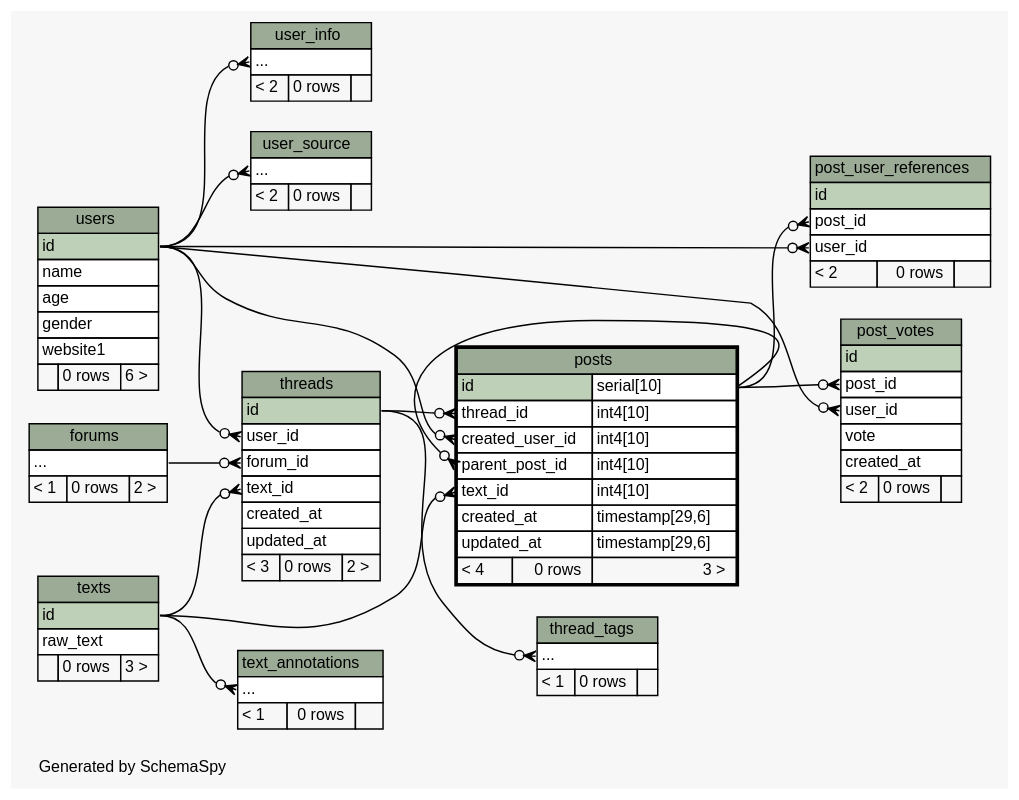
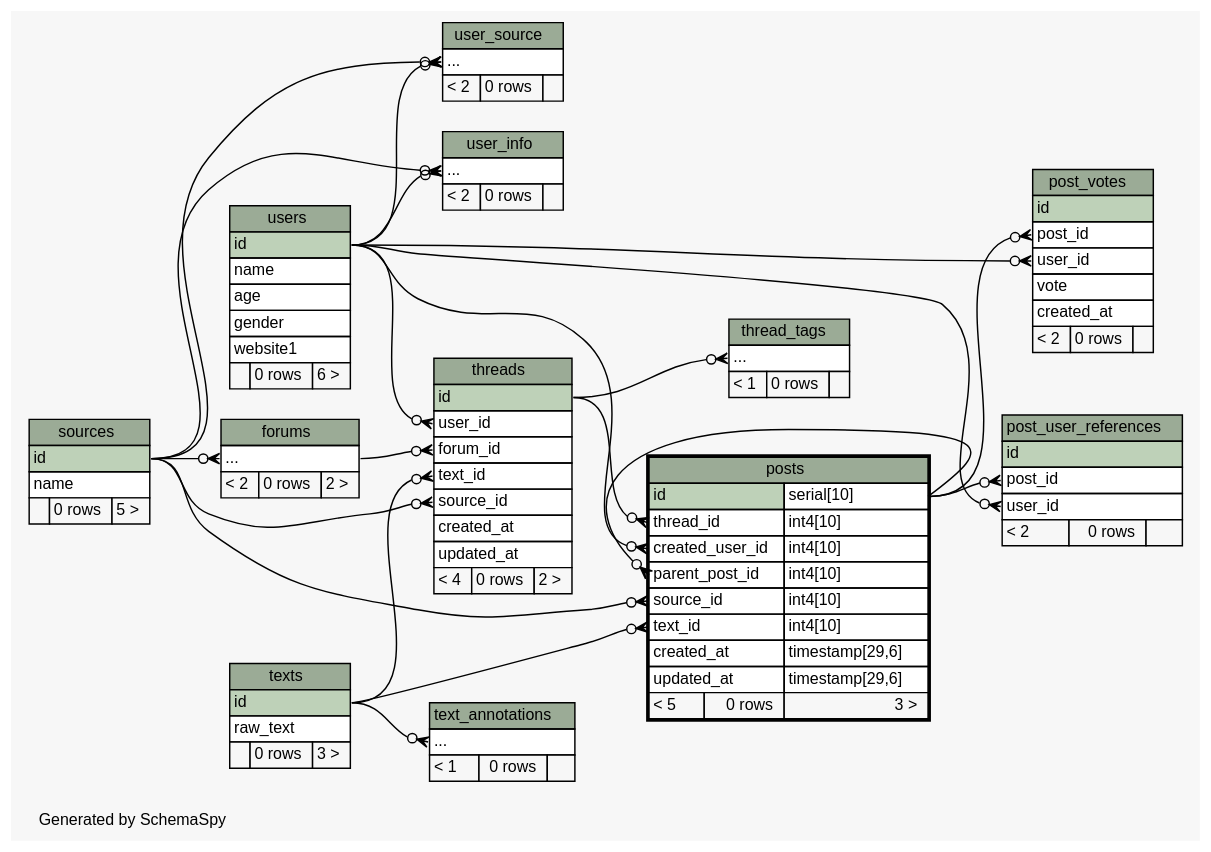
The diagram in library/diagrams/posts.2degrees.dot (ryanaustincarlson/moocdb), drawn with Graphviz before and after one commit. The commit also changed 79 other files, not shown here.

Commit message:
Adding source_id to threads and posts etc.

```diff
--- a/library/diagrams/posts.2degrees.dot
+++ b/library/diagrams/posts.2degrees.dot
@@ -1,169 +1,187 @@
 // dot 2.34.0 on Mac OS X 10.8.3
 // SchemaSpy rev 590
 digraph "twoDegreesRelationshipsDiagram" {
   graph [
     rankdir="RL"
     bgcolor="#f7f7f7"
     label="\nGenerated by SchemaSpy"
     labeljust="l"
     nodesep="0.18"
     ranksep="0.46"
     fontname="Helvetica"
     fontsize="11"
   ];
   node [
     fontname="Helvetica"
     fontsize="11"
     shape="plaintext"
   ];
   edge [
     arrowsize="0.8"
   ];
+  "forums":"elipses":w -> "sources":"id":e [arrowhead=none dir=back arrowtail=crowodot];
   "post_user_references":"post_id":w -> "posts":"id.type":e [arrowhead=none dir=back arrowtail=crowodot];
   "post_user_references":"user_id":w -> "users":"id":e [arrowhead=none dir=back arrowtail=crowodot];
   "post_votes":"post_id":w -> "posts":"id.type":e [arrowhead=none dir=back arrowtail=crowodot];
   "post_votes":"user_id":w -> "users":"id":e [arrowhead=none dir=back arrowtail=crowodot];
   "posts":"created_user_id":w -> "users":"id":e [arrowhead=none dir=back arrowtail=crowodot];
   "posts":"parent_post_id":w -> "posts":"id.type":e [arrowhead=none dir=back arrowtail=crowodot];
+  "posts":"source_id":w -> "sources":"id":e [arrowhead=none dir=back arrowtail=crowodot];
   "posts":"text_id":w -> "texts":"id":e [arrowhead=none dir=back arrowtail=crowodot];
   "posts":"thread_id":w -> "threads":"id":e [arrowhead=none dir=back arrowtail=crowodot];
   "text_annotations":"elipses":w -> "texts":"id":e [arrowhead=none dir=back arrowtail=crowodot];
   "thread_tags":"elipses":w -> "threads":"id":e [arrowhead=none dir=back arrowtail=crowodot];
   "threads":"forum_id":w -> "forums":"elipses":e [arrowhead=none dir=back arrowtail=crowodot];
+  "threads":"source_id":w -> "sources":"id":e [arrowhead=none dir=back arrowtail=crowodot];
   "threads":"text_id":w -> "texts":"id":e [arrowhead=none dir=back arrowtail=crowodot];
   "threads":"user_id":w -> "users":"id":e [arrowhead=none dir=back arrowtail=crowodot];
+  "user_info":"elipses":w -> "sources":"id":e [arrowhead=none dir=back arrowtail=crowodot];
   "user_info":"elipses":w -> "users":"id":e [arrowhead=none dir=back arrowtail=crowodot];
+  "user_source":"elipses":w -> "sources":"id":e [arrowhead=none dir=back arrowtail=crowodot];
   "user_source":"elipses":w -> "users":"id":e [arrowhead=none dir=back arrowtail=crowodot];
   "forums" [
     label=<
     <TABLE BORDER="0" CELLBORDER="1" CELLSPACING="0" BGCOLOR="#ffffff">
       <TR><TD COLSPAN="3" BGCOLOR="#9bab96" ALIGN="CENTER">forums</TD></TR>
       <TR><TD PORT="elipses" COLSPAN="3" ALIGN="LEFT">...</TD></TR>
-      <TR><TD ALIGN="LEFT" BGCOLOR="#f7f7f7">&lt; 1</TD><TD ALIGN="RIGHT" BGCOLOR="#f7f7f7">0 rows</TD><TD ALIGN="RIGHT" BGCOLOR="#f7f7f7">2 &gt;</TD></TR>
+      <TR><TD ALIGN="LEFT" BGCOLOR="#f7f7f7">&lt; 2</TD><TD ALIGN="RIGHT" BGCOLOR="#f7f7f7">0 rows</TD><TD ALIGN="RIGHT" BGCOLOR="#f7f7f7">2 &gt;</TD></TR>
     </TABLE>>
     URL="forums.html"
     tooltip="forums"
   ];
   "post_user_references" [
     label=<
     <TABLE BORDER="0" CELLBORDER="1" CELLSPACING="0" BGCOLOR="#ffffff">
       <TR><TD COLSPAN="3" BGCOLOR="#9bab96" ALIGN="CENTER">post_user_references</TD></TR>
       <TR><TD PORT="id" COLSPAN="3" BGCOLOR="#bed1b8" ALIGN="LEFT">id</TD></TR>
       <TR><TD PORT="post_id" COLSPAN="3" ALIGN="LEFT">post_id</TD></TR>
       <TR><TD PORT="user_id" COLSPAN="3" ALIGN="LEFT">user_id</TD></TR>
       <TR><TD ALIGN="LEFT" BGCOLOR="#f7f7f7">&lt; 2</TD><TD ALIGN="RIGHT" BGCOLOR="#f7f7f7">0 rows</TD><TD ALIGN="RIGHT" BGCOLOR="#f7f7f7">  </TD></TR>
     </TABLE>>
     URL="post_user_references.html"
     tooltip="post_user_references"
   ];
   "post_votes" [
     label=<
     <TABLE BORDER="0" CELLBORDER="1" CELLSPACING="0" BGCOLOR="#ffffff">
       <TR><TD COLSPAN="3" BGCOLOR="#9bab96" ALIGN="CENTER">post_votes</TD></TR>
       <TR><TD PORT="id" COLSPAN="3" BGCOLOR="#bed1b8" ALIGN="LEFT">id</TD></TR>
       <TR><TD PORT="post_id" COLSPAN="3" ALIGN="LEFT">post_id</TD></TR>
       <TR><TD PORT="user_id" COLSPAN="3" ALIGN="LEFT">user_id</TD></TR>
       <TR><TD PORT="vote" COLSPAN="3" ALIGN="LEFT">vote</TD></TR>
       <TR><TD PORT="created_at" COLSPAN="3" ALIGN="LEFT">created_at</TD></TR>
       <TR><TD ALIGN="LEFT" BGCOLOR="#f7f7f7">&lt; 2</TD><TD ALIGN="RIGHT" BGCOLOR="#f7f7f7">0 rows</TD><TD ALIGN="RIGHT" BGCOLOR="#f7f7f7">  </TD></TR>
     </TABLE>>
     URL="post_votes.html"
     tooltip="post_votes"
   ];
   "posts" [
     label=<
     <TABLE BORDER="2" CELLBORDER="1" CELLSPACING="0" BGCOLOR="#ffffff">
       <TR><TD COLSPAN="3" BGCOLOR="#9bab96" ALIGN="CENTER">posts</TD></TR>
       <TR><TD PORT="id" COLSPAN="2" BGCOLOR="#bed1b8" ALIGN="LEFT">id</TD><TD PORT="id.type" ALIGN="LEFT">serial[10]</TD></TR>
       <TR><TD PORT="thread_id" COLSPAN="2" ALIGN="LEFT">thread_id</TD><TD PORT="thread_id.type" ALIGN="LEFT">int4[10]</TD></TR>
       <TR><TD PORT="created_user_id" COLSPAN="2" ALIGN="LEFT">created_user_id</TD><TD PORT="created_user_id.type" ALIGN="LEFT">int4[10]</TD></TR>
       <TR><TD PORT="parent_post_id" COLSPAN="2" ALIGN="LEFT">parent_post_id</TD><TD PORT="parent_post_id.type" ALIGN="LEFT">int4[10]</TD></TR>
+      <TR><TD PORT="source_id" COLSPAN="2" ALIGN="LEFT">source_id</TD><TD PORT="source_id.type" ALIGN="LEFT">int4[10]</TD></TR>
       <TR><TD PORT="text_id" COLSPAN="2" ALIGN="LEFT">text_id</TD><TD PORT="text_id.type" ALIGN="LEFT">int4[10]</TD></TR>
       <TR><TD PORT="created_at" COLSPAN="2" ALIGN="LEFT">created_at</TD><TD PORT="created_at.type" ALIGN="LEFT">timestamp[29,6]</TD></TR>
       <TR><TD PORT="updated_at" COLSPAN="2" ALIGN="LEFT">updated_at</TD><TD PORT="updated_at.type" ALIGN="LEFT">timestamp[29,6]</TD></TR>
-      <TR><TD ALIGN="LEFT" BGCOLOR="#f7f7f7">&lt; 4</TD><TD ALIGN="RIGHT" BGCOLOR="#f7f7f7">0 rows</TD><TD ALIGN="RIGHT" BGCOLOR="#f7f7f7">3 &gt;</TD></TR>
+      <TR><TD ALIGN="LEFT" BGCOLOR="#f7f7f7">&lt; 5</TD><TD ALIGN="RIGHT" BGCOLOR="#f7f7f7">0 rows</TD><TD ALIGN="RIGHT" BGCOLOR="#f7f7f7">3 &gt;</TD></TR>
     </TABLE>>
     URL="posts.html"
     tooltip="posts"
+  ];
+  "sources" [
+    label=<
+    <TABLE BORDER="0" CELLBORDER="1" CELLSPACING="0" BGCOLOR="#ffffff">
+      <TR><TD COLSPAN="3" BGCOLOR="#9bab96" ALIGN="CENTER">sources</TD></TR>
+      <TR><TD PORT="id" COLSPAN="3" BGCOLOR="#bed1b8" ALIGN="LEFT">id</TD></TR>
+      <TR><TD PORT="name" COLSPAN="3" ALIGN="LEFT">name</TD></TR>
+      <TR><TD ALIGN="LEFT" BGCOLOR="#f7f7f7">  </TD><TD ALIGN="RIGHT" BGCOLOR="#f7f7f7">0 rows</TD><TD ALIGN="RIGHT" BGCOLOR="#f7f7f7">5 &gt;</TD></TR>
+    </TABLE>>
+    URL="sources.html"
+    tooltip="sources"
   ];
   "text_annotations" [
     label=<
     <TABLE BORDER="0" CELLBORDER="1" CELLSPACING="0" BGCOLOR="#ffffff">
       <TR><TD COLSPAN="3" BGCOLOR="#9bab96" ALIGN="CENTER">text_annotations</TD></TR>
       <TR><TD PORT="elipses" COLSPAN="3" ALIGN="LEFT">...</TD></TR>
       <TR><TD ALIGN="LEFT" BGCOLOR="#f7f7f7">&lt; 1</TD><TD ALIGN="RIGHT" BGCOLOR="#f7f7f7">0 rows</TD><TD ALIGN="RIGHT" BGCOLOR="#f7f7f7">  </TD></TR>
     </TABLE>>
     URL="text_annotations.html"
     tooltip="text_annotations"
   ];
   "texts" [
     label=<
     <TABLE BORDER="0" CELLBORDER="1" CELLSPACING="0" BGCOLOR="#ffffff">
       <TR><TD COLSPAN="3" BGCOLOR="#9bab96" ALIGN="CENTER">texts</TD></TR>
       <TR><TD PORT="id" COLSPAN="3" BGCOLOR="#bed1b8" ALIGN="LEFT">id</TD></TR>
       <TR><TD PORT="raw_text" COLSPAN="3" ALIGN="LEFT">raw_text</TD></TR>
       <TR><TD ALIGN="LEFT" BGCOLOR="#f7f7f7">  </TD><TD ALIGN="RIGHT" BGCOLOR="#f7f7f7">0 rows</TD><TD ALIGN="RIGHT" BGCOLOR="#f7f7f7">3 &gt;</TD></TR>
     </TABLE>>
     URL="texts.html"
     tooltip="texts"
   ];
   "thread_tags" [
     label=<
     <TABLE BORDER="0" CELLBORDER="1" CELLSPACING="0" BGCOLOR="#ffffff">
       <TR><TD COLSPAN="3" BGCOLOR="#9bab96" ALIGN="CENTER">thread_tags</TD></TR>
       <TR><TD PORT="elipses" COLSPAN="3" ALIGN="LEFT">...</TD></TR>
       <TR><TD ALIGN="LEFT" BGCOLOR="#f7f7f7">&lt; 1</TD><TD ALIGN="RIGHT" BGCOLOR="#f7f7f7">0 rows</TD><TD ALIGN="RIGHT" BGCOLOR="#f7f7f7">  </TD></TR>
     </TABLE>>
     URL="thread_tags.html"
     tooltip="thread_tags"
   ];
   "threads" [
     label=<
     <TABLE BORDER="0" CELLBORDER="1" CELLSPACING="0" BGCOLOR="#ffffff">
       <TR><TD COLSPAN="3" BGCOLOR="#9bab96" ALIGN="CENTER">threads</TD></TR>
       <TR><TD PORT="id" COLSPAN="3" BGCOLOR="#bed1b8" ALIGN="LEFT">id</TD></TR>
       <TR><TD PORT="user_id" COLSPAN="3" ALIGN="LEFT">user_id</TD></TR>
       <TR><TD PORT="forum_id" COLSPAN="3" ALIGN="LEFT">forum_id</TD></TR>
       <TR><TD PORT="text_id" COLSPAN="3" ALIGN="LEFT">text_id</TD></TR>
+      <TR><TD PORT="source_id" COLSPAN="3" ALIGN="LEFT">source_id</TD></TR>
       <TR><TD PORT="created_at" COLSPAN="3" ALIGN="LEFT">created_at</TD></TR>
       <TR><TD PORT="updated_at" COLSPAN="3" ALIGN="LEFT">updated_at</TD></TR>
-      <TR><TD ALIGN="LEFT" BGCOLOR="#f7f7f7">&lt; 3</TD><TD ALIGN="RIGHT" BGCOLOR="#f7f7f7">0 rows</TD><TD ALIGN="RIGHT" BGCOLOR="#f7f7f7">2 &gt;</TD></TR>
+      <TR><TD ALIGN="LEFT" BGCOLOR="#f7f7f7">&lt; 4</TD><TD ALIGN="RIGHT" BGCOLOR="#f7f7f7">0 rows</TD><TD ALIGN="RIGHT" BGCOLOR="#f7f7f7">2 &gt;</TD></TR>
     </TABLE>>
     URL="threads.html"
     tooltip="threads"
   ];
   "user_info" [
     label=<
     <TABLE BORDER="0" CELLBORDER="1" CELLSPACING="0" BGCOLOR="#ffffff">
       <TR><TD COLSPAN="3" BGCOLOR="#9bab96" ALIGN="CENTER">user_info</TD></TR>
       <TR><TD PORT="elipses" COLSPAN="3" ALIGN="LEFT">...</TD></TR>
       <TR><TD ALIGN="LEFT" BGCOLOR="#f7f7f7">&lt; 2</TD><TD ALIGN="RIGHT" BGCOLOR="#f7f7f7">0 rows</TD><TD ALIGN="RIGHT" BGCOLOR="#f7f7f7">  </TD></TR>
     </TABLE>>
     URL="user_info.html"
     tooltip="user_info"
   ];
   "user_source" [
     label=<
     <TABLE BORDER="0" CELLBORDER="1" CELLSPACING="0" BGCOLOR="#ffffff">
       <TR><TD COLSPAN="3" BGCOLOR="#9bab96" ALIGN="CENTER">user_source</TD></TR>
       <TR><TD PORT="elipses" COLSPAN="3" ALIGN="LEFT">...</TD></TR>
       <TR><TD ALIGN="LEFT" BGCOLOR="#f7f7f7">&lt; 2</TD><TD ALIGN="RIGHT" BGCOLOR="#f7f7f7">0 rows</TD><TD ALIGN="RIGHT" BGCOLOR="#f7f7f7">  </TD></TR>
     </TABLE>>
     URL="user_source.html"
     tooltip="user_source"
   ];
   "users" [
     label=<
     <TABLE BORDER="0" CELLBORDER="1" CELLSPACING="0" BGCOLOR="#ffffff">
       <TR><TD COLSPAN="3" BGCOLOR="#9bab96" ALIGN="CENTER">users</TD></TR>
       <TR><TD PORT="id" COLSPAN="3" BGCOLOR="#bed1b8" ALIGN="LEFT">id</TD></TR>
       <TR><TD PORT="name" COLSPAN="3" ALIGN="LEFT">name</TD></TR>
       <TR><TD PORT="age" COLSPAN="3" ALIGN="LEFT">age</TD></TR>
       <TR><TD PORT="gender" COLSPAN="3" ALIGN="LEFT">gender</TD></TR>
       <TR><TD PORT="website1" COLSPAN="3" ALIGN="LEFT">website1</TD></TR>
       <TR><TD ALIGN="LEFT" BGCOLOR="#f7f7f7">  </TD><TD ALIGN="RIGHT" BGCOLOR="#f7f7f7">0 rows</TD><TD ALIGN="RIGHT" BGCOLOR="#f7f7f7">6 &gt;</TD></TR>
     </TABLE>>
     URL="users.html"
     tooltip="users"
   ];
 }
```
